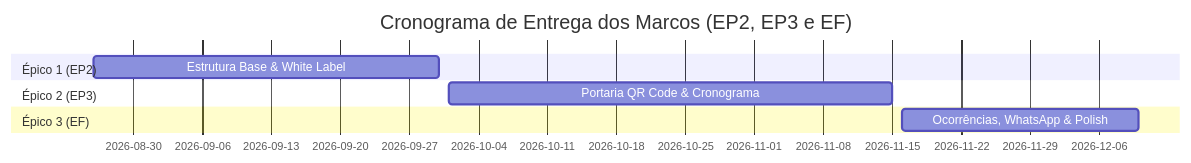
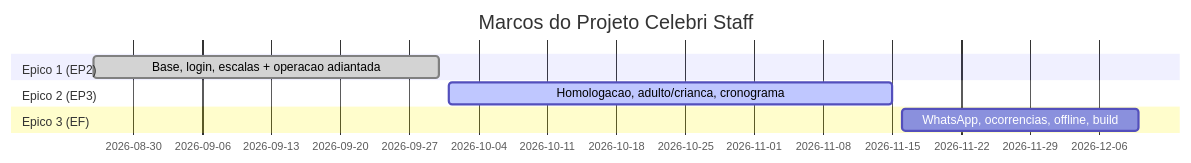
Before and after one commit to leoantoniassi/celebri-staff: the fourth of 5 diagrams in README.md, drawn with Mermaid. The commit also changed other lines of this file and 2 other files, not shown here.

First line of the commit message:
docs: Projeto Agil do Aplicativo v2.0 e roteiro da apresentacao do Marco 1

````diff
--- a/README.md
+++ b/README.md
@@ -202,11 +251,11 @@
 ```mermaid
 gantt
-    title Cronograma de Entrega dos Marcos (EP2, EP3 e EF)
+    title Marcos do Projeto Celebri Staff
     dateFormat  YYYY-MM-DD
-    section Épico 1 (EP2)
-    Estrutura Base & White Label      :2026-08-26, 2026-09-30
-    section Épico 2 (EP3)
-    Portaria QR Code & Cronograma     :2026-10-01, 2026-11-15
-    section Épico 3 (EF)
-    Ocorrências, WhatsApp & Polish    :2026-11-16, 2026-12-10
+    section Epico 1 (EP2)
+    Base, login, escalas + operacao adiantada :done, 2026-08-26, 2026-09-30
+    section Epico 2 (EP3)
+    Homologacao, adulto/crianca, cronograma   :active, 2026-10-01, 2026-11-15
+    section Epico 3 (EF)
+    WhatsApp, ocorrencias, offline, build     :2026-11-16, 2026-12-10
 ```
````
